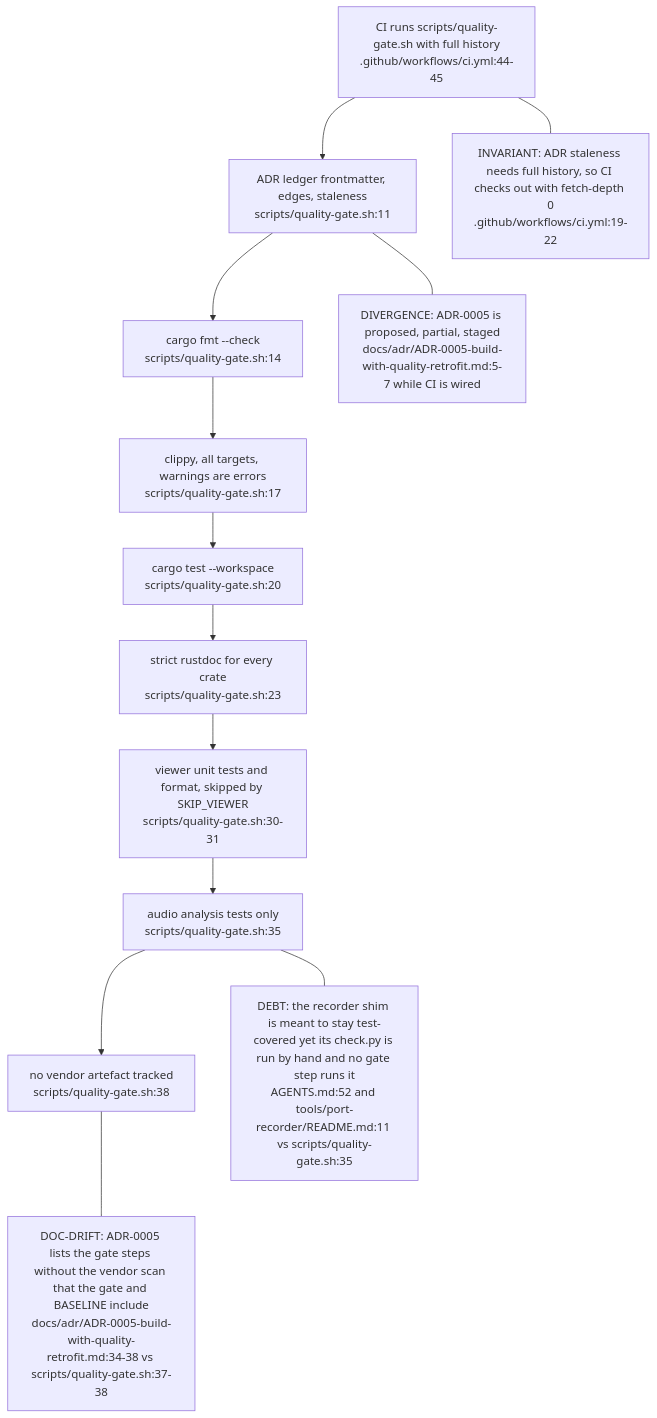
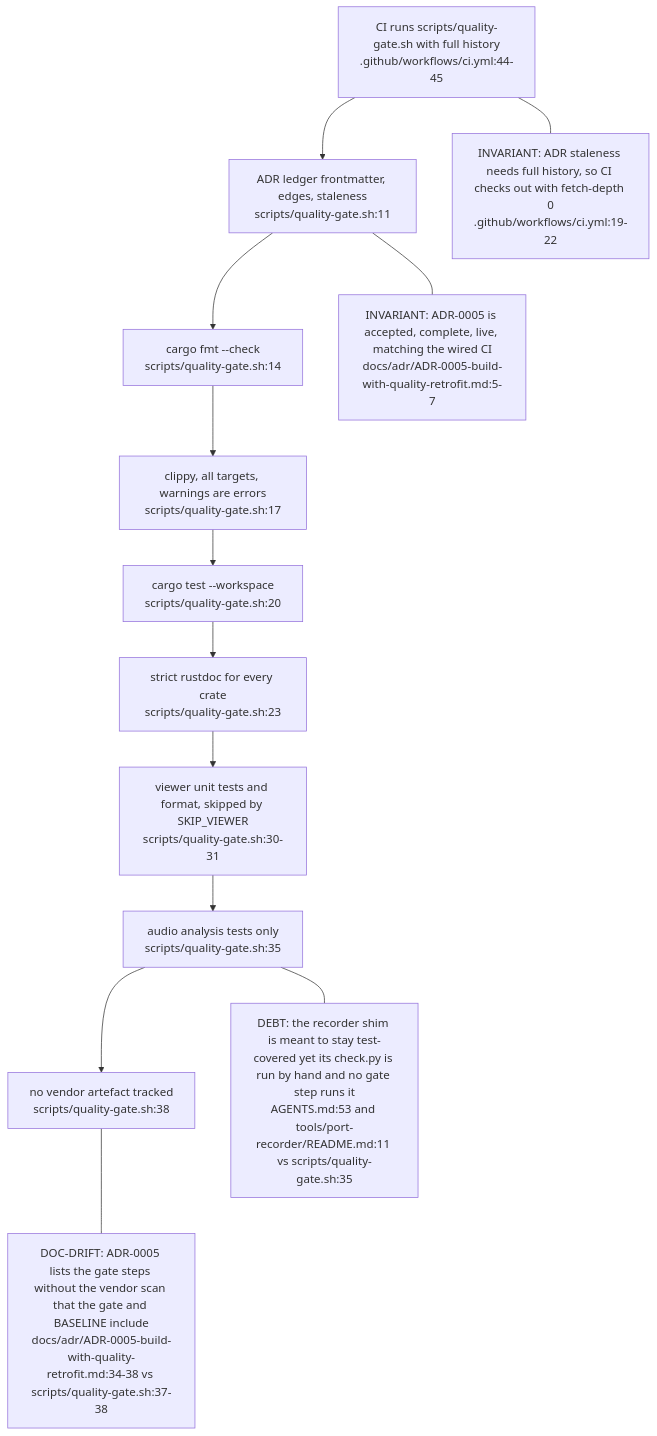
The fourth of 4 diagrams in docs/diagrams/visiontouch-rs/06-tools-and-evidence-path.md (DreamLab-AI/VisionFlow), drawn with Mermaid before and after one commit. The commit also changed other lines of this file and 9 other files, not shown here.

Commit message:
docs(diagrams): re-stamp VT-01 to VT-08 at visiontouch-rs 77898bc

````diff
--- a/docs/diagrams/visiontouch-rs/06-tools-and-evidence-path.md
+++ b/docs/diagrams/visiontouch-rs/06-tools-and-evidence-path.md
@@ -109,22 +109,22 @@
 ```mermaid
 flowchart TB
     G1["ADR ledger frontmatter, edges, staleness<br/>scripts/quality-gate.sh:11"]
     G2["cargo fmt --check<br/>scripts/quality-gate.sh:14"]
     G3["clippy, all targets, warnings are errors<br/>scripts/quality-gate.sh:17"]
     G4["cargo test --workspace<br/>scripts/quality-gate.sh:20"]
     G5["strict rustdoc for every crate<br/>scripts/quality-gate.sh:23"]
     G6["viewer unit tests and format, skipped by SKIP_VIEWER<br/>scripts/quality-gate.sh:30-31"]
     G7["audio analysis tests only<br/>scripts/quality-gate.sh:35"]
     G8["no vendor artefact tracked<br/>scripts/quality-gate.sh:38"]
     CI["CI runs scripts/quality-gate.sh with full history<br/>.github/workflows/ci.yml:44-45"]
     G1 --> G2 --> G3 --> G4 --> G5 --> G6 --> G7 --> G8
     CI --> G1
     N1["INVARIANT: ADR staleness needs full history, so CI checks out with fetch-depth 0<br/>.github/workflows/ci.yml:19-22"]
-    N2["DEBT: the recorder shim is meant to stay test-covered yet its check.py is run by hand and no gate step runs it<br/>AGENTS.md:52 and tools/port-recorder/README.md:11 vs scripts/quality-gate.sh:35"]
+    N2["DEBT: the recorder shim is meant to stay test-covered yet its check.py is run by hand and no gate step runs it<br/>AGENTS.md:53 and tools/port-recorder/README.md:11 vs scripts/quality-gate.sh:35"]
     N3["DOC-DRIFT: ADR-0005 lists the gate steps without the vendor scan that the gate and BASELINE include<br/>docs/adr/ADR-0005-build-with-quality-retrofit.md:34-38 vs scripts/quality-gate.sh:37-38"]
-    N4["DIVERGENCE: ADR-0005 is proposed, partial, staged<br/>docs/adr/ADR-0005-build-with-quality-retrofit.md:5-7 while CI is wired"]
+    N4["INVARIANT: ADR-0005 is accepted, complete, live, matching the wired CI<br/>docs/adr/ADR-0005-build-with-quality-retrofit.md:5-7"]
     CI --- N1
     G7 --- N2
     G8 --- N3
     G1 --- N4
 ```
````
